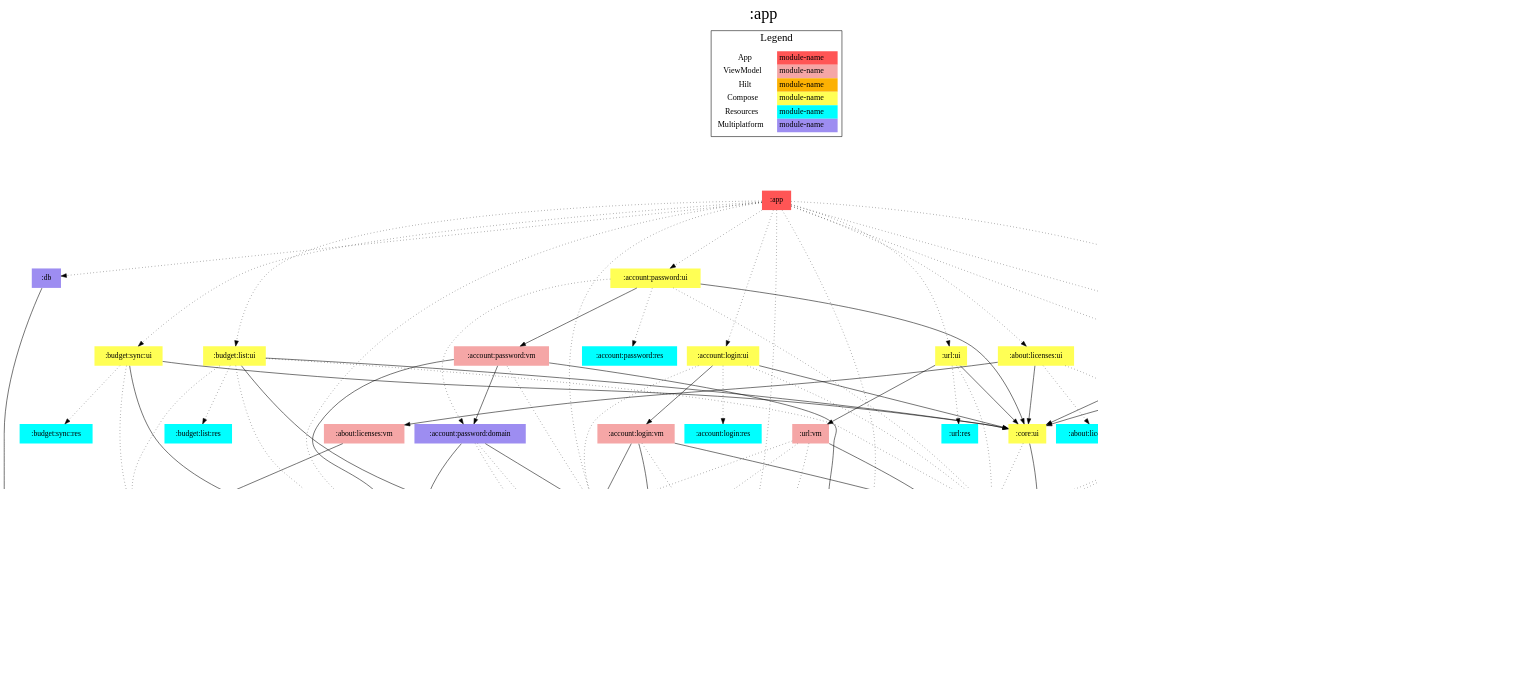
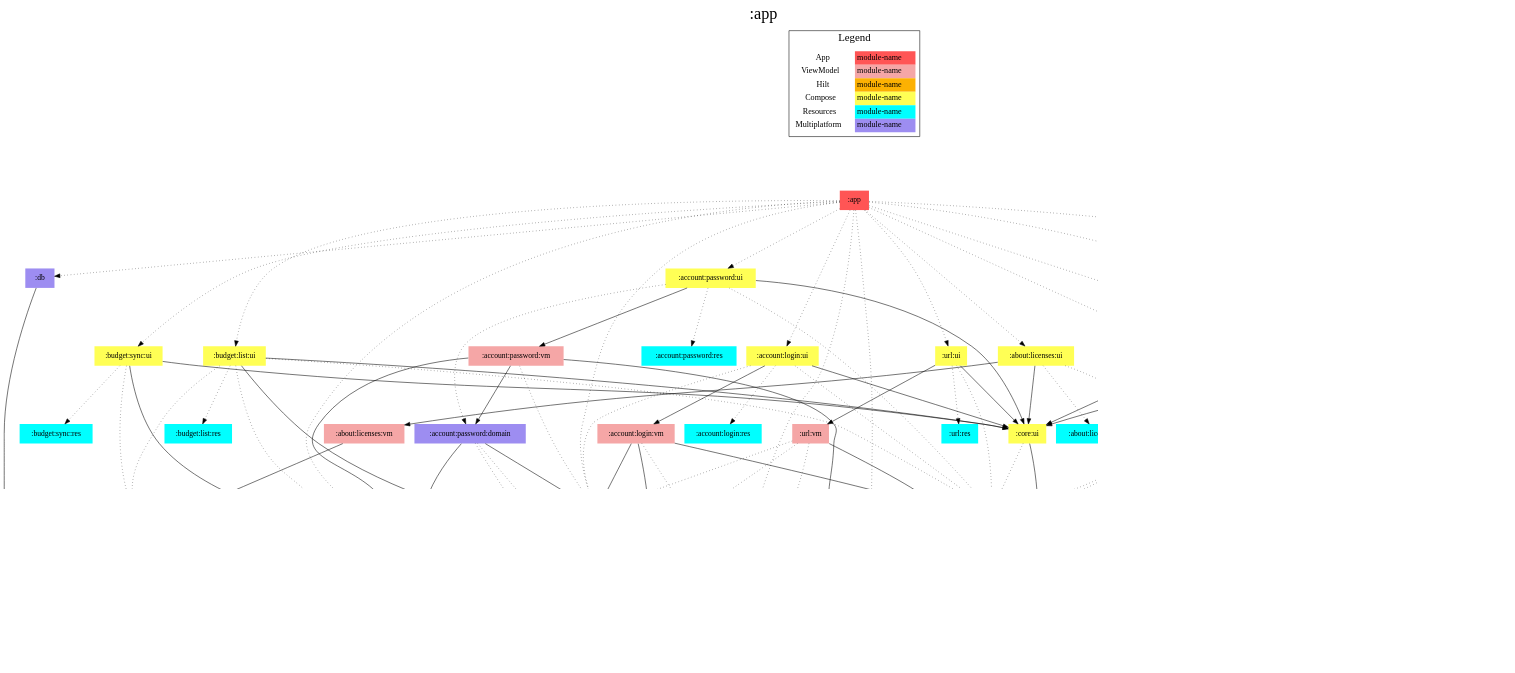
Before and after one commit to jonapoul/aktual: the diagram in app/modules.dot, drawn with Graphviz. The commit also changed 27 other files, not shown here.

```diff
--- a/app/modules.dot
+++ b/app/modules.dot
@@ -1,174 +1,176 @@
 digraph {
 edge ["dir"="forward"]
 graph ["dpi"="100","label"=":app","labelloc"="t","fontsize"="30","ranksep"="1.5","rankdir"="TB"]
 node ["style"="filled"]
 ":about:info:data" ["fillcolor"="#9D8DF1","shape"="none"]
 ":about:info:res" ["fillcolor"="#00FFFF","shape"="none"]
 ":about:info:ui" ["fillcolor"="#FFFF55","shape"="none"]
 ":about:info:vm" ["fillcolor"="#F5A6A6","shape"="none"]
 ":about:licenses:data" ["fillcolor"="#9D8DF1","shape"="none"]
 ":about:licenses:res" ["fillcolor"="#00FFFF","shape"="none"]
 ":about:licenses:ui" ["fillcolor"="#FFFF55","shape"="none"]
 ":about:licenses:vm" ["fillcolor"="#F5A6A6","shape"="none"]
 ":account:login:domain" ["fillcolor"="#9D8DF1","shape"="none"]
 ":account:login:res" ["fillcolor"="#00FFFF","shape"="none"]
 ":account:login:ui" ["fillcolor"="#FFFF55","shape"="none"]
 ":account:login:vm" ["fillcolor"="#F5A6A6","shape"="none"]
 ":account:model" ["fillcolor"="#9D8DF1","shape"="none"]
 ":account:password:domain" ["fillcolor"="#9D8DF1","shape"="none"]
 ":account:password:res" ["fillcolor"="#00FFFF","shape"="none"]
 ":account:password:ui" ["fillcolor"="#FFFF55","shape"="none"]
 ":account:password:vm" ["fillcolor"="#F5A6A6","shape"="none"]
 ":api:actual" ["fillcolor"="#9D8DF1","shape"="none"]
 ":api:builder" ["fillcolor"="#9D8DF1","shape"="none"]
 ":api:di" ["fillcolor"="#FCB103","shape"="none"]
 ":api:github" ["fillcolor"="#9D8DF1","shape"="none"]
 ":app" ["fillcolor"="#FF5555","shape"="none"]
 ":budget:list:res" ["fillcolor"="#00FFFF","shape"="none"]
 ":budget:list:ui" ["fillcolor"="#FFFF55","shape"="none"]
 ":budget:list:vm" ["fillcolor"="#F5A6A6","shape"="none"]
 ":budget:model" ["fillcolor"="#9D8DF1","shape"="none"]
 ":budget:sync:res" ["fillcolor"="#00FFFF","shape"="none"]
 ":budget:sync:ui" ["fillcolor"="#FFFF55","shape"="none"]
 ":budget:sync:vm" ["fillcolor"="#F5A6A6","shape"="none"]
 ":codegen:annotation" ["fillcolor"="#9D8DF1","shape"="none"]
 ":core:connection" ["fillcolor"="#9D8DF1","shape"="none"]
 ":core:di" ["fillcolor"="#FCB103","shape"="none"]
 ":core:files" ["fillcolor"="#9D8DF1","shape"="none"]
 ":core:model" ["fillcolor"="#9D8DF1","shape"="none"]
 ":core:res" ["fillcolor"="#00FFFF","shape"="none"]
 ":core:ui" ["fillcolor"="#FFFF55","shape"="none"]
 ":db" ["fillcolor"="#9D8DF1","shape"="none"]
+":logging" ["fillcolor"="#9D8DF1","shape"="none"]
 ":prefs" ["fillcolor"="#9D8DF1","shape"="none"]
 ":settings:res" ["fillcolor"="#00FFFF","shape"="none"]
 ":settings:ui" ["fillcolor"="#FFFF55","shape"="none"]
 ":settings:vm" ["fillcolor"="#F5A6A6","shape"="none"]
 ":url:res" ["fillcolor"="#00FFFF","shape"="none"]
 ":url:ui" ["fillcolor"="#FFFF55","shape"="none"]
 ":url:vm" ["fillcolor"="#F5A6A6","shape"="none"]
 {
 edge ["dir"="none"]
 graph ["rank"="same"]
 ":app"
 }
 ":about:info:data" -> ":api:github"
 ":about:info:ui" -> ":about:info:res" ["style"="dotted"]
 ":about:info:ui" -> ":about:info:vm"
 ":about:info:ui" -> ":core:res" ["style"="dotted"]
 ":about:info:ui" -> ":core:ui"
 ":about:info:vm" -> ":about:info:data"
 ":about:licenses:data" -> ":core:files" ["style"="dotted"]
 ":about:licenses:ui" -> ":about:licenses:res" ["style"="dotted"]
 ":about:licenses:ui" -> ":about:licenses:vm"
 ":about:licenses:ui" -> ":core:res" ["style"="dotted"]
 ":about:licenses:ui" -> ":core:ui"
 ":about:licenses:vm" -> ":about:licenses:data"
 ":account:login:domain" -> ":account:model"
 ":account:login:domain" -> ":api:actual" ["style"="dotted"]
 ":account:login:domain" -> ":prefs" ["style"="dotted"]
 ":account:login:ui" -> ":account:login:domain" ["style"="dotted"]
 ":account:login:ui" -> ":account:login:res" ["style"="dotted"]
 ":account:login:ui" -> ":account:login:vm"
 ":account:login:ui" -> ":core:res" ["style"="dotted"]
 ":account:login:ui" -> ":core:ui"
 ":account:login:vm" -> ":account:login:domain"
 ":account:login:vm" -> ":account:model"
 ":account:login:vm" -> ":core:model"
 ":account:login:vm" -> ":prefs" ["style"="dotted"]
 ":account:password:domain" -> ":account:login:domain"
 ":account:password:domain" -> ":account:model"
 ":account:password:domain" -> ":api:actual" ["style"="dotted"]
 ":account:password:domain" -> ":prefs" ["style"="dotted"]
 ":account:password:ui" -> ":account:password:domain" ["style"="dotted"]
 ":account:password:ui" -> ":account:password:res" ["style"="dotted"]
 ":account:password:ui" -> ":account:password:vm"
 ":account:password:ui" -> ":core:res" ["style"="dotted"]
 ":account:password:ui" -> ":core:ui"
 ":account:password:vm" -> ":account:login:domain" ["style"="dotted"]
 ":account:password:vm" -> ":account:model"
 ":account:password:vm" -> ":account:password:domain"
 ":account:password:vm" -> ":core:model"
 ":api:actual" -> ":account:model"
 ":api:actual" -> ":budget:model"
 ":api:actual" -> ":codegen:annotation" ["style"="dotted"]
 ":api:actual" -> ":core:model"
 ":api:builder" -> ":core:model"
 ":api:di" -> ":api:builder" ["style"="dotted"]
 ":api:di" -> ":api:github"
 ":api:github" -> ":codegen:annotation" ["style"="dotted"]
 ":api:github" -> ":core:model"
 ":app" -> ":about:info:ui" ["style"="dotted"]
 ":app" -> ":about:licenses:ui" ["style"="dotted"]
 ":app" -> ":account:login:domain" ["style"="dotted"]
 ":app" -> ":account:login:ui" ["style"="dotted"]
 ":app" -> ":account:password:ui" ["style"="dotted"]
 ":app" -> ":api:di" ["style"="dotted"]
 ":app" -> ":budget:list:ui" ["style"="dotted"]
 ":app" -> ":budget:sync:ui" ["style"="dotted"]
 ":app" -> ":core:connection" ["style"="dotted"]
 ":app" -> ":core:di" ["style"="dotted"]
 ":app" -> ":db" ["style"="dotted"]
+":app" -> ":logging" ["style"="dotted"]
 ":app" -> ":prefs" ["style"="dotted"]
 ":app" -> ":settings:ui" ["style"="dotted"]
 ":app" -> ":url:ui" ["style"="dotted"]
 ":budget:list:ui" -> ":account:model" ["style"="dotted"]
 ":budget:list:ui" -> ":budget:list:res" ["style"="dotted"]
 ":budget:list:ui" -> ":budget:list:vm"
 ":budget:list:ui" -> ":budget:model" ["style"="dotted"]
 ":budget:list:ui" -> ":core:res" ["style"="dotted"]
 ":budget:list:ui" -> ":core:ui"
 ":budget:list:vm" -> ":account:model" ["style"="dotted"]
 ":budget:list:vm" -> ":api:actual" ["style"="dotted"]
 ":budget:list:vm" -> ":budget:model"
 ":budget:list:vm" -> ":core:model"
 ":budget:list:vm" -> ":prefs" ["style"="dotted"]
 ":budget:sync:ui" -> ":account:model" ["style"="dotted"]
 ":budget:sync:ui" -> ":budget:sync:res" ["style"="dotted"]
 ":budget:sync:ui" -> ":budget:sync:vm"
 ":budget:sync:ui" -> ":core:ui"
 ":budget:sync:vm" -> ":account:model" ["style"="dotted"]
 ":budget:sync:vm" -> ":api:actual" ["style"="dotted"]
 ":budget:sync:vm" -> ":budget:model" ["style"="dotted"]
 ":budget:sync:vm" -> ":core:files"
 ":budget:sync:vm" -> ":core:model"
 ":core:connection" -> ":api:actual" ["style"="dotted"]
 ":core:connection" -> ":api:builder" ["style"="dotted"]
 ":core:connection" -> ":core:model" ["style"="dotted"]
 ":core:connection" -> ":prefs" ["style"="dotted"]
 ":core:di" -> ":core:files"
 ":core:di" -> ":core:model"
 ":core:files" -> ":budget:model"
 ":core:ui" -> ":core:model"
 ":core:ui" -> ":core:res" ["style"="dotted"]
 ":db" -> ":budget:model"
 ":prefs" -> ":account:model"
 ":prefs" -> ":core:model"
 ":settings:ui" -> ":core:model"
 ":settings:ui" -> ":core:res" ["style"="dotted"]
 ":settings:ui" -> ":core:ui"
 ":settings:ui" -> ":settings:res" ["style"="dotted"]
 ":settings:ui" -> ":settings:vm"
 ":settings:vm" -> ":prefs"
 ":url:ui" -> ":core:res" ["style"="dotted"]
 ":url:ui" -> ":core:ui"
 ":url:ui" -> ":url:res" ["style"="dotted"]
 ":url:ui" -> ":url:vm"
 ":url:vm" -> ":account:login:domain" ["style"="dotted"]
 ":url:vm" -> ":api:actual" ["style"="dotted"]
 ":url:vm" -> ":core:model"
 ":url:vm" -> ":prefs" ["style"="dotted"]
 subgraph "cluster_legend" {
 edge ["dir"="none"]
 graph ["label"="Legend","fontsize"="20"]
 "Legend" ["style"="filled","fillcolor"="#FFFFFF","shape"="none","margin"="0","fontsize"="15","label"=<
 <TABLE BORDER="0" CELLBORDER="0" CELLSPACING="0" CELLPADDING="4">
 <TR><TD>App</TD><TD BGCOLOR="#FF5555">module-name</TD></TR>
 <TR><TD>ViewModel</TD><TD BGCOLOR="#F5A6A6">module-name</TD></TR>
 <TR><TD>Hilt</TD><TD BGCOLOR="#FCB103">module-name</TD></TR>
 <TR><TD>Compose</TD><TD BGCOLOR="#FFFF55">module-name</TD></TR>
 <TR><TD>Resources</TD><TD BGCOLOR="#00FFFF">module-name</TD></TR>
 <TR><TD>Multiplatform</TD><TD BGCOLOR="#9D8DF1">module-name</TD></TR>
 </TABLE>
 >]
 } -> ":app" ["style"="invis"]
 }
```
